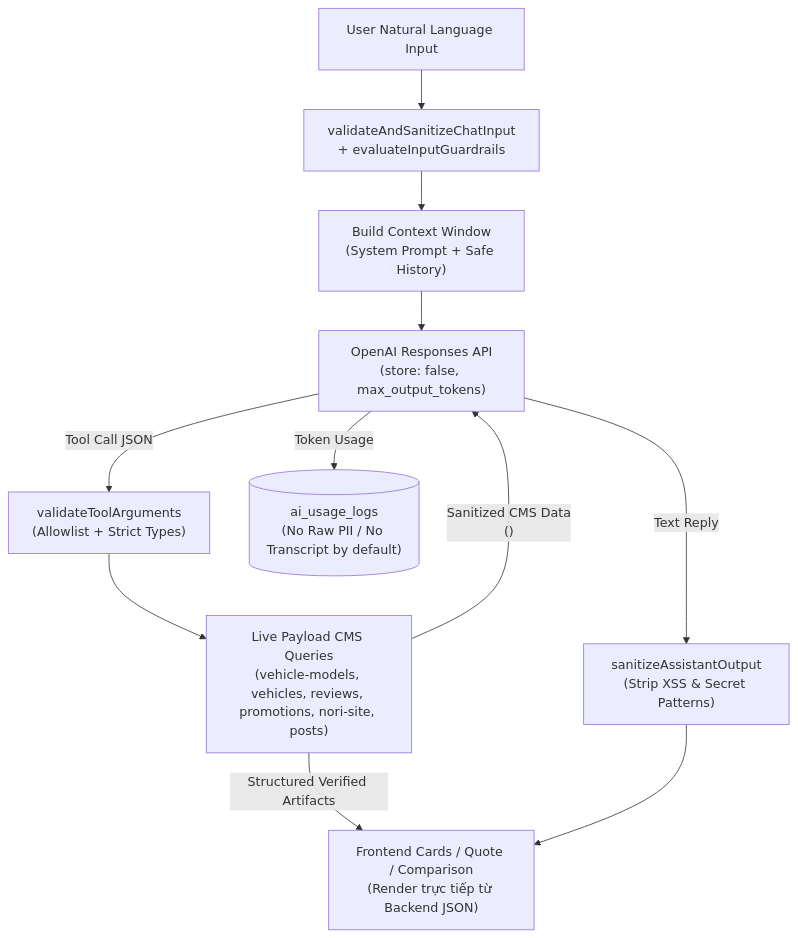
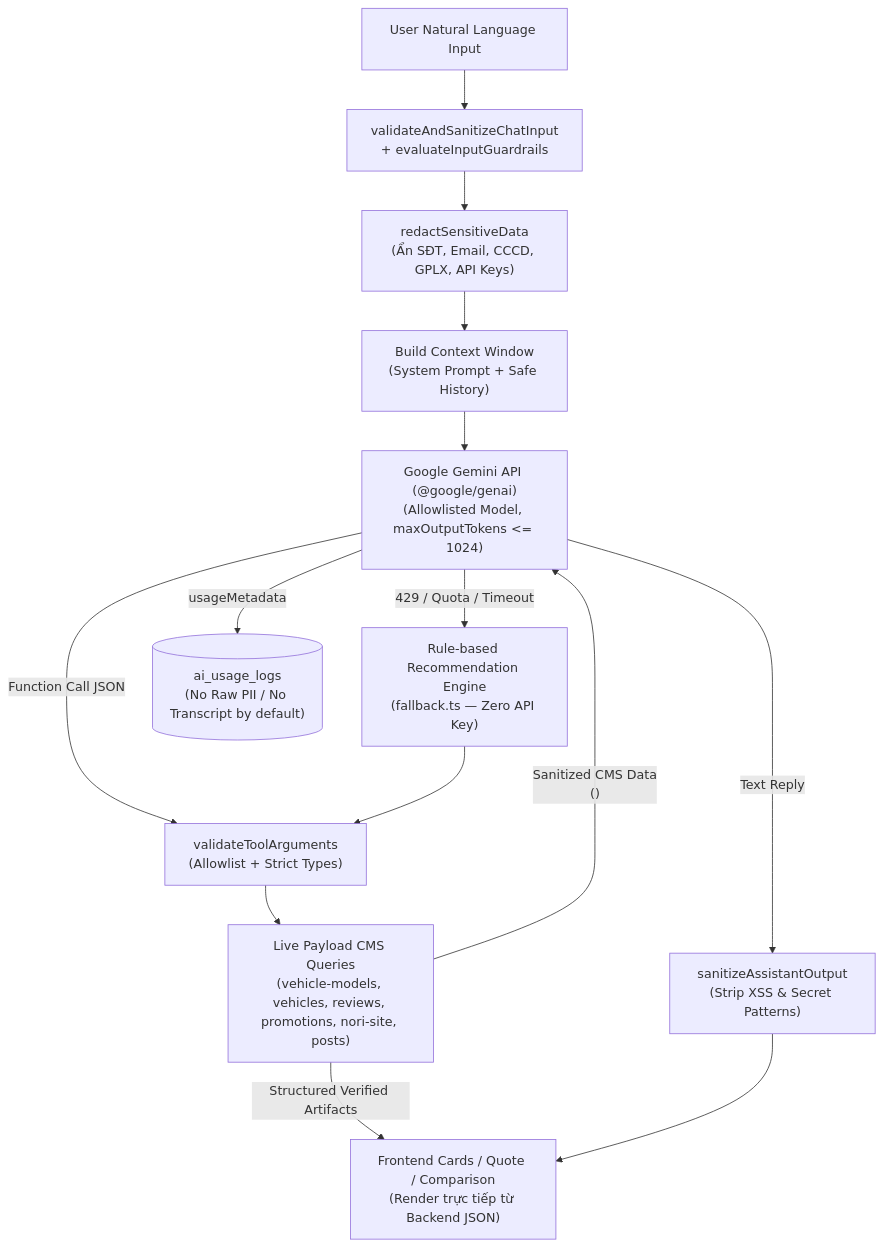
The third of 4 diagrams in docs/AI_ARCHITECTURE.md (nquocthinh06/nori-vehicle-rental), drawn with Mermaid before and after one commit. The commit also changed other lines of this file and 36 other files, not shown here.

Commit message:
feat(ai): migrate NORI AI Assistant to Google Gemini API Free Tier with Rule-based Fallback

````diff
--- a/docs/AI_ARCHITECTURE.md
+++ b/docs/AI_ARCHITECTURE.md
@@ -83,13 +95,16 @@
 ```mermaid
 flowchart TD
   UserMsg["User Natural Language Input"] --> SanitizeIn["validateAndSanitizeChatInput\n+ evaluateInputGuardrails"]
-  SanitizeIn --> ContextBuild["Build Context Window\n(System Prompt + Safe History)"]
-  ContextBuild --> OpenAICall["OpenAI Responses API\n(store: false, max_output_tokens)"]
-  OpenAICall -->|"Tool Call JSON"| ArgValidate["validateToolArguments\n(Allowlist + Strict Types)"]
+  SanitizeIn --> RedactOut["redactSensitiveData\n(Ẩn SĐT, Email, CCCD, GPLX, API Keys)"]
+  RedactOut --> ContextBuild["Build Context Window\n(System Prompt + Safe History)"]
+  ContextBuild --> GeminiCall["Google Gemini API (@google/genai)\n(Allowlisted Model, maxOutputTokens <= 1024)"]
+  GeminiCall -->|"429 / Quota / Timeout"| RuleFallback["Rule-based Recommendation Engine\n(fallback.ts — Zero API Key)"]
+  GeminiCall -->|"Function Call JSON"| ArgValidate["validateToolArguments\n(Allowlist + Strict Types)"]
+  RuleFallback --> ArgValidate
   ArgValidate --> LiveDB["Live Payload CMS Queries\n(vehicle-models, vehicles, reviews, promotions, nori-site, posts)"]
   LiveDB -->|"Structured Verified Artifacts"| UIRender["Frontend Cards / Quote / Comparison\n(Render trực tiếp từ Backend JSON)"]
-  LiveDB -->|"Sanitized CMS Data\n(<untrusted_cms_data>)"| OpenAICall
-  OpenAICall -->|"Text Reply"| SanitizeOut["sanitizeAssistantOutput\n(Strip XSS & Secret Patterns)"]
+  LiveDB -->|"Sanitized CMS Data\n(<untrusted_cms_data>)"| GeminiCall
+  GeminiCall -->|"Text Reply"| SanitizeOut["sanitizeAssistantOutput\n(Strip XSS & Secret Patterns)"]
   SanitizeOut --> UIRender
-  OpenAICall -->|"Token Usage"| UsageLog[("ai_usage_logs\n(No Raw PII / No Transcript by default)")]
+  GeminiCall -->|"usageMetadata"| UsageLog[("ai_usage_logs\n(No Raw PII / No Transcript by default)")]
 ```
````
